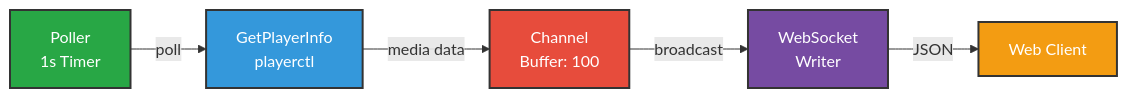
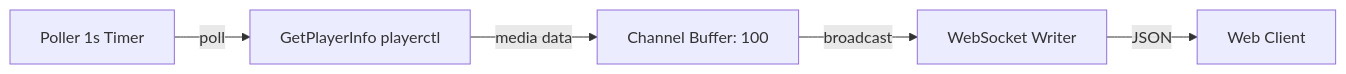
The second of 2 diagrams in docs/POLLER.mdx (codershubinc/Blitz), drawn with Mermaid before and after one commit. The commit also changed other lines of this file and 2 other files, not shown here.

Commit message:
refactor: improve Mermaid diagrams and formatting in documentation files

````diff
--- a/docs/POLLER.mdx
+++ b/docs/POLLER.mdx
@@ -226,13 +221,7 @@
 ```mermaid
 graph LR
-    A[Poller<br/>1s Timer] -->|poll| B[GetPlayerInfo<br/>playerctl]
-    B -->|media data| C[Channel<br/>Buffer: 100]
-    C -->|broadcast| D[WebSocket<br/>Writer]
-    D -->|JSON| E[Web Client]
-    
-    style A fill:#28a745,stroke:#333,stroke-width:2px,color:#fff
-    style B fill:#3498db,stroke:#333,stroke-width:2px,color:#fff
-    style C fill:#e74c3c,stroke:#333,stroke-width:2px,color:#fff
-    style D fill:#764ba2,stroke:#333,stroke-width:2px,color:#fff
-    style E fill:#f39c12,stroke:#333,stroke-width:2px,color:#fff
+    A["Poller 1s Timer"] -->|poll| B["GetPlayerInfo playerctl"]
+    B -->|media data| C["Channel Buffer: 100"]
+    C -->|broadcast| D["WebSocket Writer"]
+    D -->|JSON| E["Web Client"]
 ```
````
